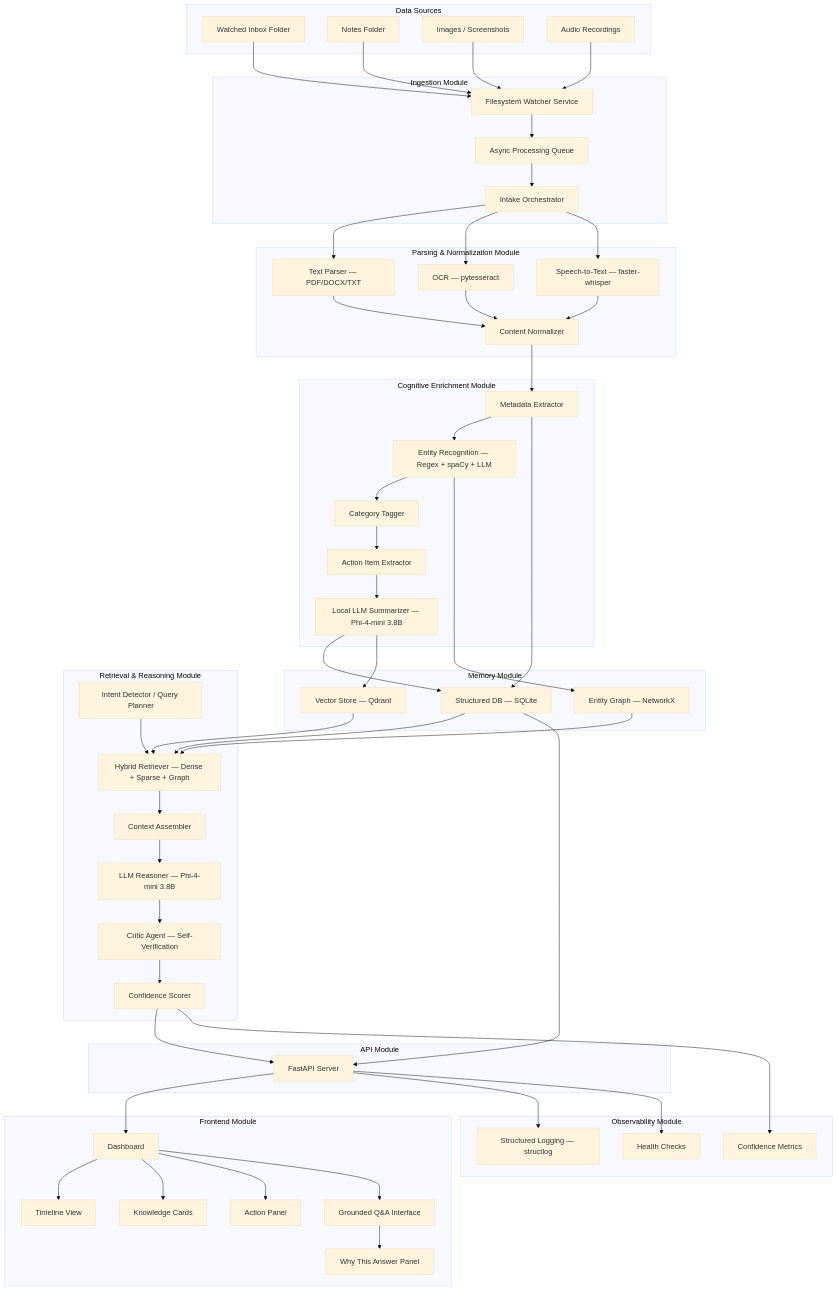
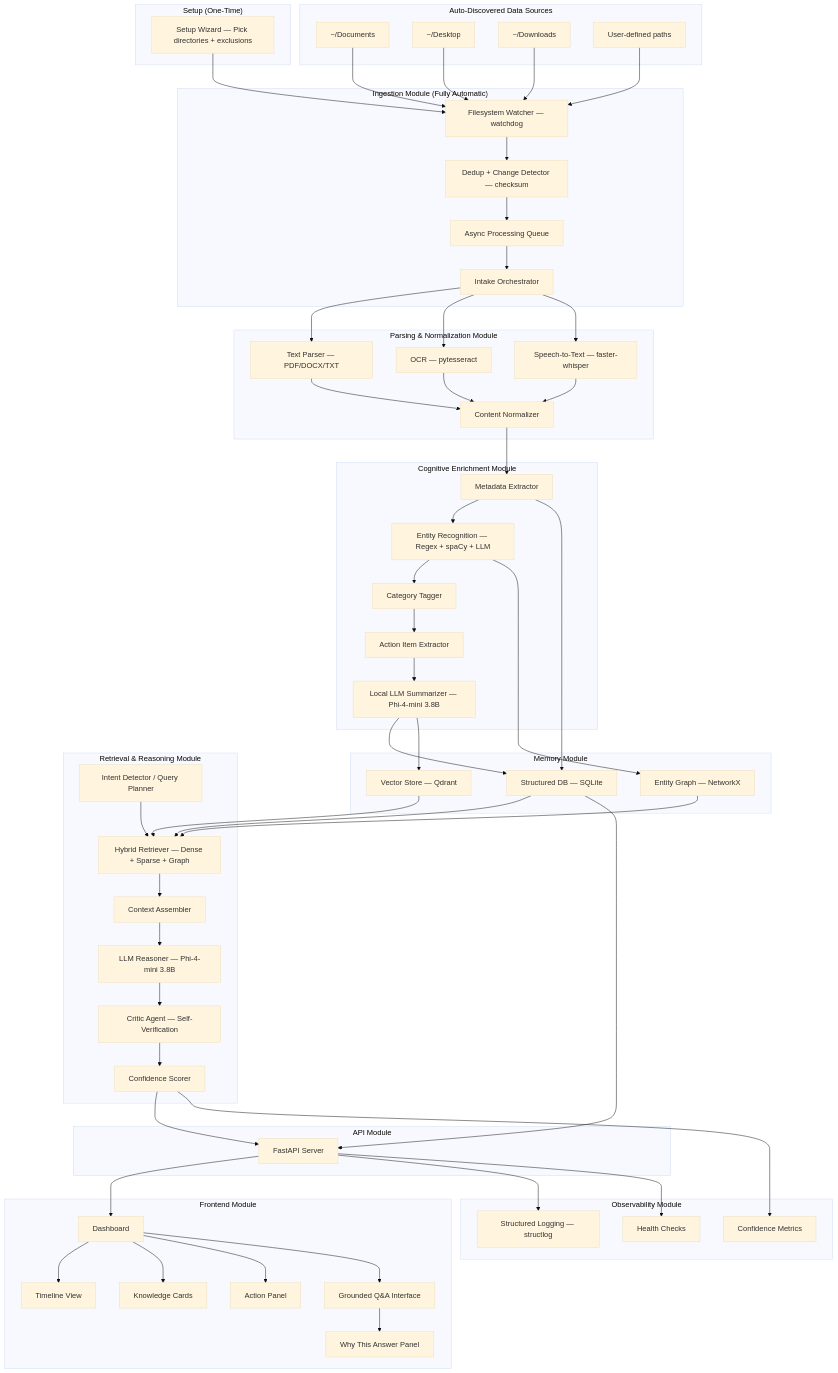
Before and after one commit to Lacoste-INSAT/AI_Minds: the diagram in ARCHITECTURE.md, drawn with Mermaid (base theme). The commit also changed other lines of this file and 3 other files, not shown here.

````diff
--- a/ARCHITECTURE.md
+++ b/ARCHITECTURE.md
@@ -47,18 +74,25 @@
 ```mermaid
 graph TD
 
-    subgraph "Data Sources"
-        FOLDER[Watched Inbox Folder]
-        NOTES[Notes Folder]
-        SCREEN[Images / Screenshots]
-        AUDIO[Audio Recordings]
+    subgraph "Setup (One-Time)"
+        WIZARD[Setup Wizard — Pick directories + exclusions]
     end
 
-    subgraph "Ingestion Module"
-        WATCH[Filesystem Watcher Service]
+    subgraph "Auto-Discovered Data Sources"
+        DOCS[~/Documents]
+        DESK[~/Desktop]
+        DOWN[~/Downloads]
+        CUSTOM[User-defined paths]
+    end
+
+    subgraph "Ingestion Module (Fully Automatic)"
+        WATCH[Filesystem Watcher — watchdog]
+        DEDUP[Dedup + Change Detector — checksum]
         QUEUE[Async Processing Queue]
         INTAKE[Intake Orchestrator]
     end
+
+    WIZARD --> WATCH
 
     subgraph "Parsing & Normalization Module"
         TXT[Text Parser — PDF/DOCX/TXT]
@@ -109,11 +143,12 @@
         METRIC[Confidence Metrics]
     end
 
-    FOLDER --> WATCH
-    NOTES --> WATCH
-    SCREEN --> WATCH
-    AUDIO --> WATCH
-    WATCH --> QUEUE
+    DOCS --> WATCH
+    DESK --> WATCH
+    DOWN --> WATCH
+    CUSTOM --> WATCH
+    WATCH --> DEDUP
+    DEDUP --> QUEUE
     QUEUE --> INTAKE
     INTAKE --> TXT
     INTAKE --> OCR
````
